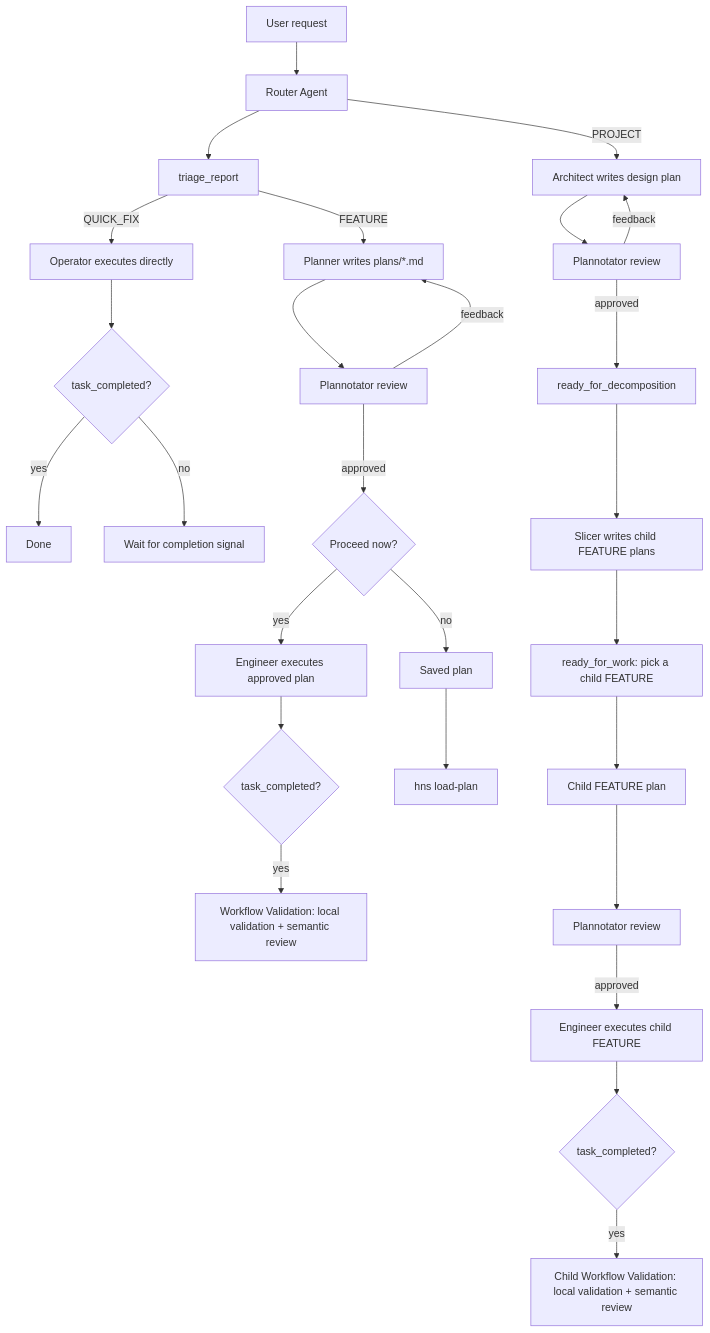
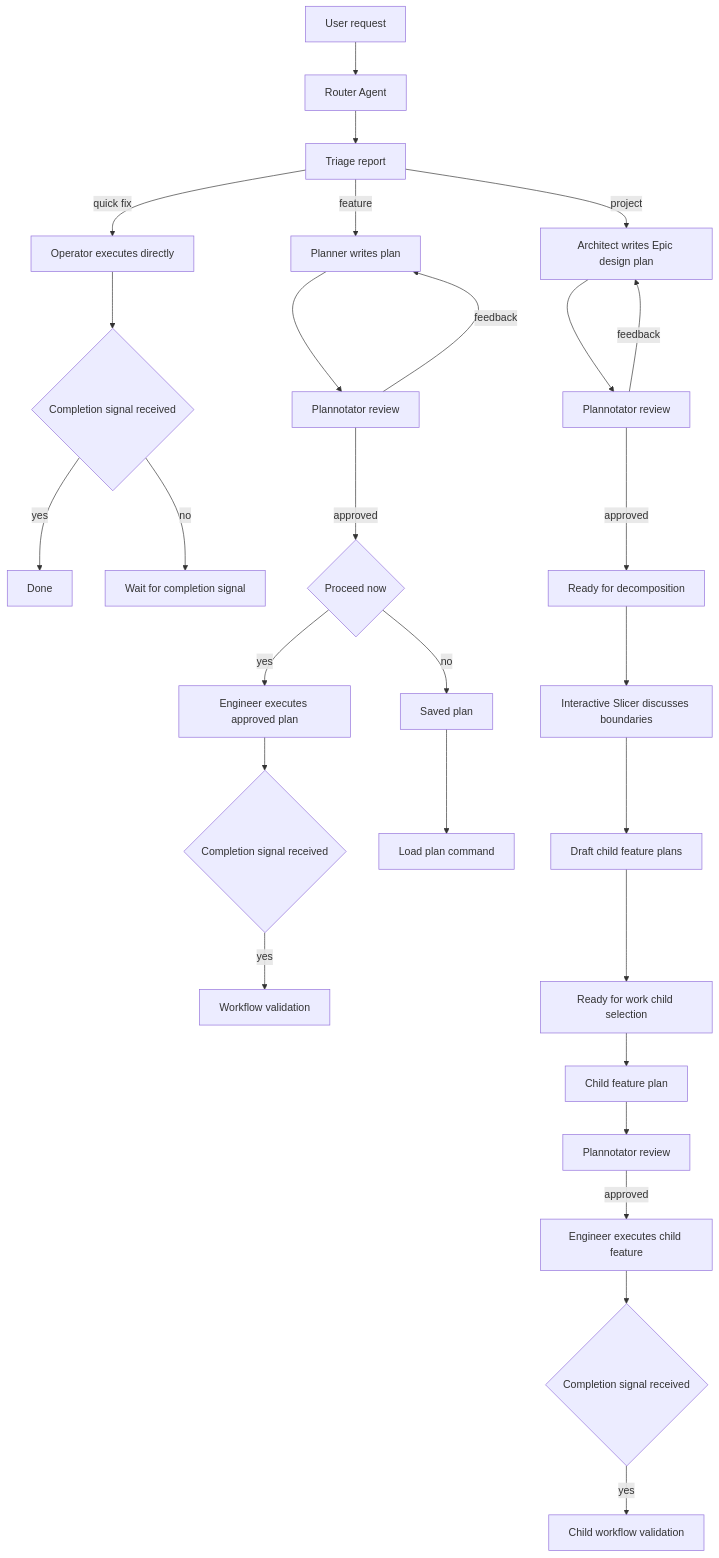
The diagram in README.md (gandazgul/harns), drawn with Mermaid before and after one commit. The commit also changed other lines of this file and 9 other files, not shown here.

First line of the commit message:
Document Epic decomposition, fix status bar truncation

````diff
--- a/README.md
+++ b/README.md
@@ -43,33 +43,34 @@
 ```mermaid
-flowchart TD
+graph TD
     U[User request] --> R[Router Agent]
-    R --> TR[triage_report]
+    R --> TR[Triage report]
 
-    TR -->|QUICK_FIX| O[Operator executes directly]
-    O --> TC1{task_completed?}
+    TR -->|quick fix| O[Operator executes directly]
+    O --> TC1{Completion signal received}
     TC1 -->|yes| QD[Done]
     TC1 -->|no| W1[Wait for completion signal]
 
-    TR -->|FEATURE| P[Planner writes plans/*.md]
+    TR -->|feature| P[Planner writes plan]
     P --> PR[Plannotator review]
     PR -->|feedback| P
-    PR -->|approved| PA{Proceed now?}
+    PR -->|approved| PA{Proceed now}
     PA -->|yes| E[Engineer executes approved plan]
     PA -->|no| SP[Saved plan]
-    E --> TC2{task_completed?}
-    TC2 -->|yes| V2[Workflow Validation: local validation + semantic review]
+    E --> TC2{Completion signal received}
+    TC2 -->|yes| V2[Workflow validation]
 
-    R -->|PROJECT| A[Architect writes design plan]
+    TR -->|project| A[Architect writes Epic design plan]
     A --> PR2[Plannotator review]
     PR2 -->|feedback| A
-    PR2 -->|approved| RD[ready_for_decomposition]
-    RD --> S[Slicer writes child FEATURE plans]
-    S --> RF[ready_for_work: pick a child FEATURE]
-    RF --> CP[Child FEATURE plan]
+    PR2 -->|approved| RD[Ready for decomposition]
+    RD --> S[Interactive Slicer discusses boundaries]
+    S --> CD[Draft child feature plans]
+    CD --> RF[Ready for work child selection]
+    RF --> CP[Child feature plan]
     CP --> PR3[Plannotator review]
-    PR3 -->|approved| CE[Engineer executes child FEATURE]
-    CE --> TC3{task_completed?}
-    TC3 -->|yes| V3[Child Workflow Validation: local validation + semantic review]
+    PR3 -->|approved| CE[Engineer executes child feature]
+    CE --> TC3{Completion signal received}
+    TC3 -->|yes| V3[Child workflow validation]
 
-    SP --> LP[hns load-plan]
+    SP --> LP[Load plan command]
 ```
````
